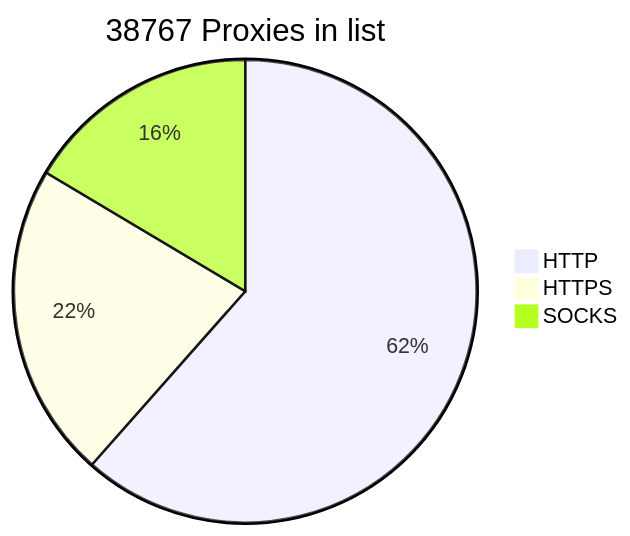
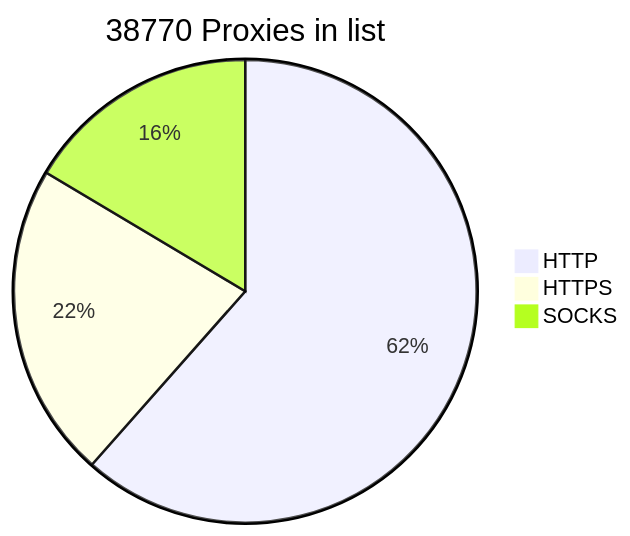
The diagram in README.md (BlackSnowDot/proxylist-update-every-minute), drawn with Mermaid before and after one commit.

````diff
--- a/README.md
+++ b/README.md
@@ -2,6 +2,6 @@
 ```mermaid
-pie title 38767 Proxies in list
-    "HTTP" : 28014
-    "HTTPS": 10030
+pie title 38770 Proxies in list
+    "HTTP" : 28017
+    "HTTPS": 10032
     "SOCKS" : 7490
 ```
````
